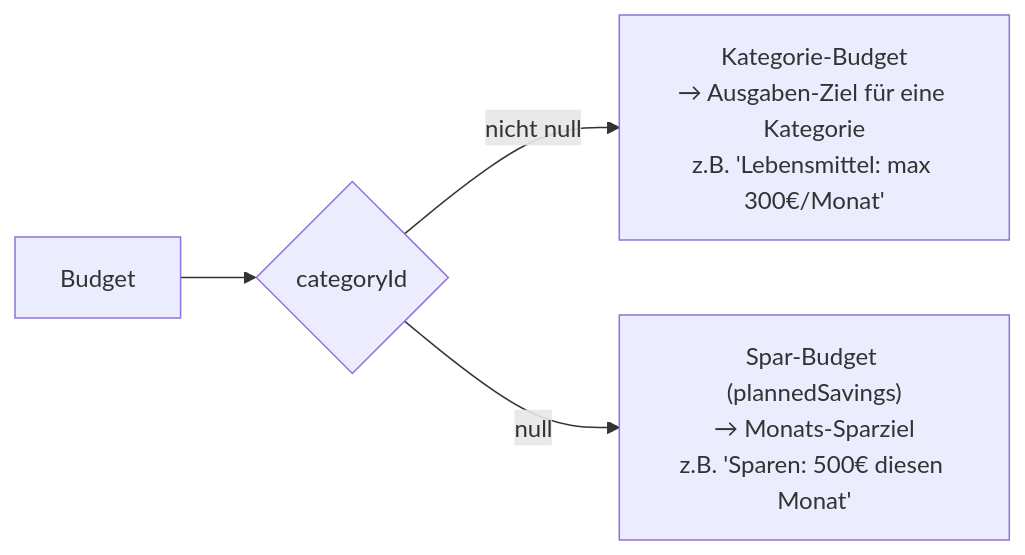
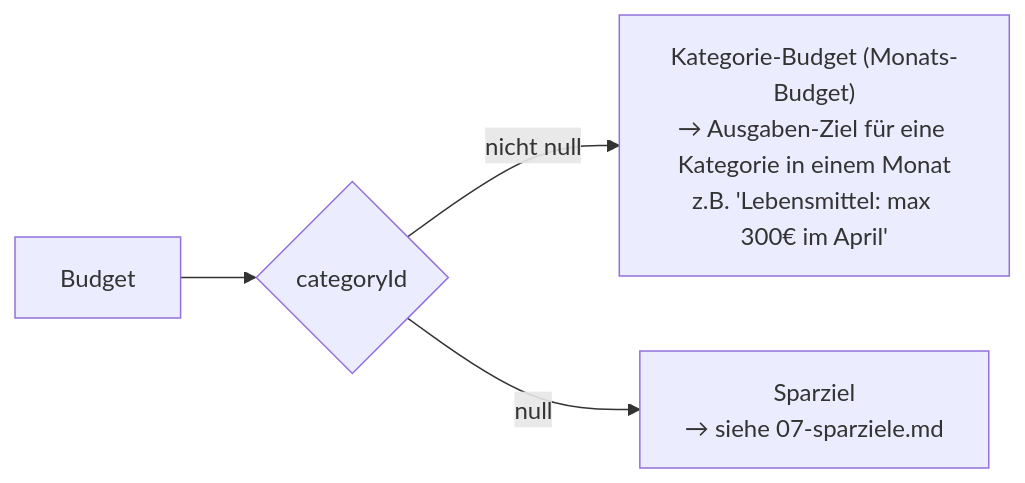
One commit to konradthiemann/Doewe changed the diagram in docs/calculations/06-budgets.md. Above: the diagram before and after it, drawn with Mermaid. The commit also changed other lines of this file and 9 other files, not shown here.

````diff
--- a/docs/calculations/06-budgets.md
+++ b/docs/calculations/06-budgets.md
@@ -27,6 +40,6 @@
 ```mermaid
 flowchart LR
     B["Budget"] --> CAT{categoryId}
-    CAT -->|"nicht null"| CATBUDGET["Kategorie-Budget\n→ Ausgaben-Ziel für eine Kategorie\nz.B. 'Lebensmittel: max 300€/Monat'"]
-    CAT -->|"null"| SAVBUDGET["Spar-Budget (plannedSavings)\n→ Monats-Sparziel\nz.B. 'Sparen: 500€ diesen Monat'"]
+    CAT -->|"nicht null"| CATBUDGET["Kategorie-Budget (Monats-Budget)\n→ Ausgaben-Ziel für eine Kategorie in einem Monat\nz.B. 'Lebensmittel: max 300€ im April'"]
+    CAT -->|"null"| SAVBUDGET["Sparziel\n→ siehe 07-sparziele.md"]
 ```
````
